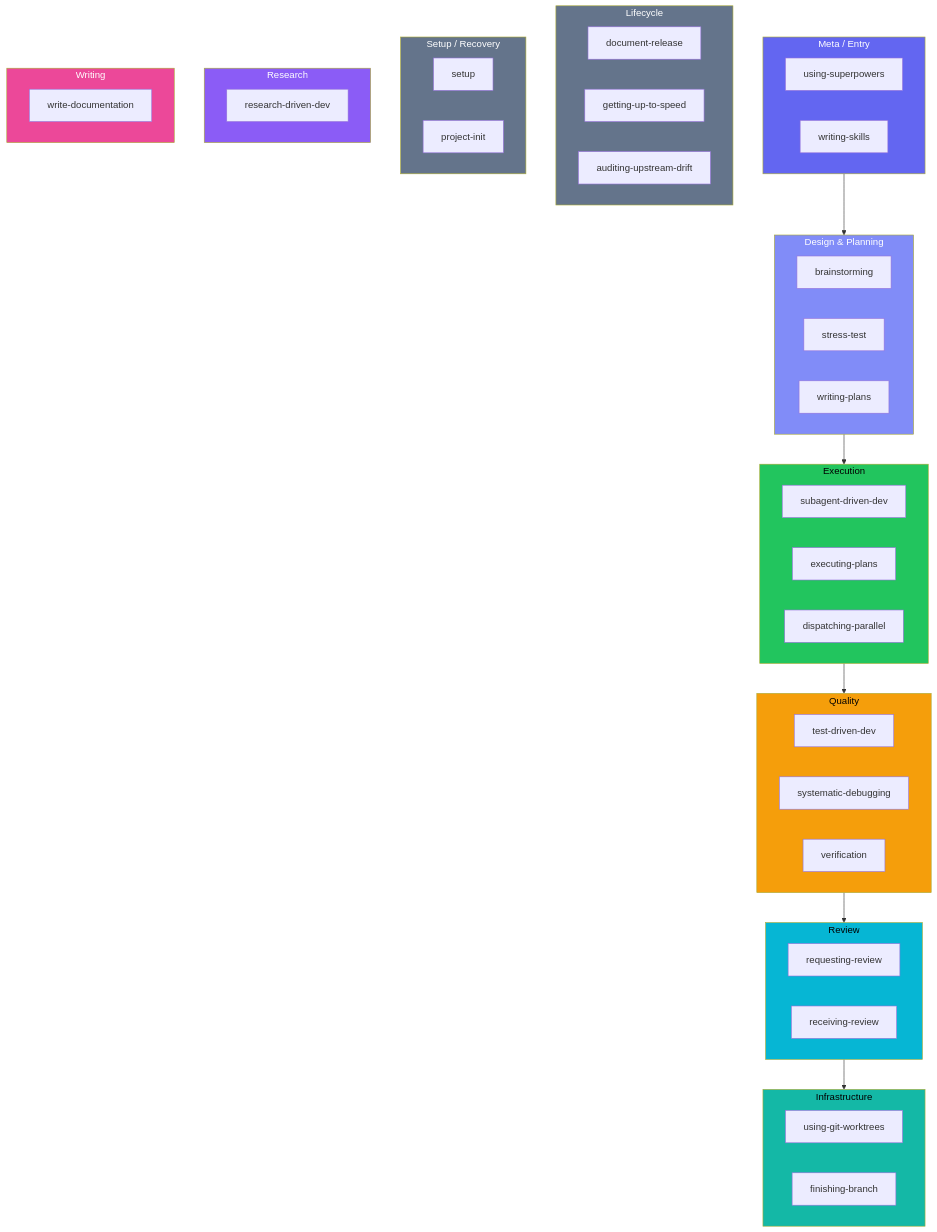
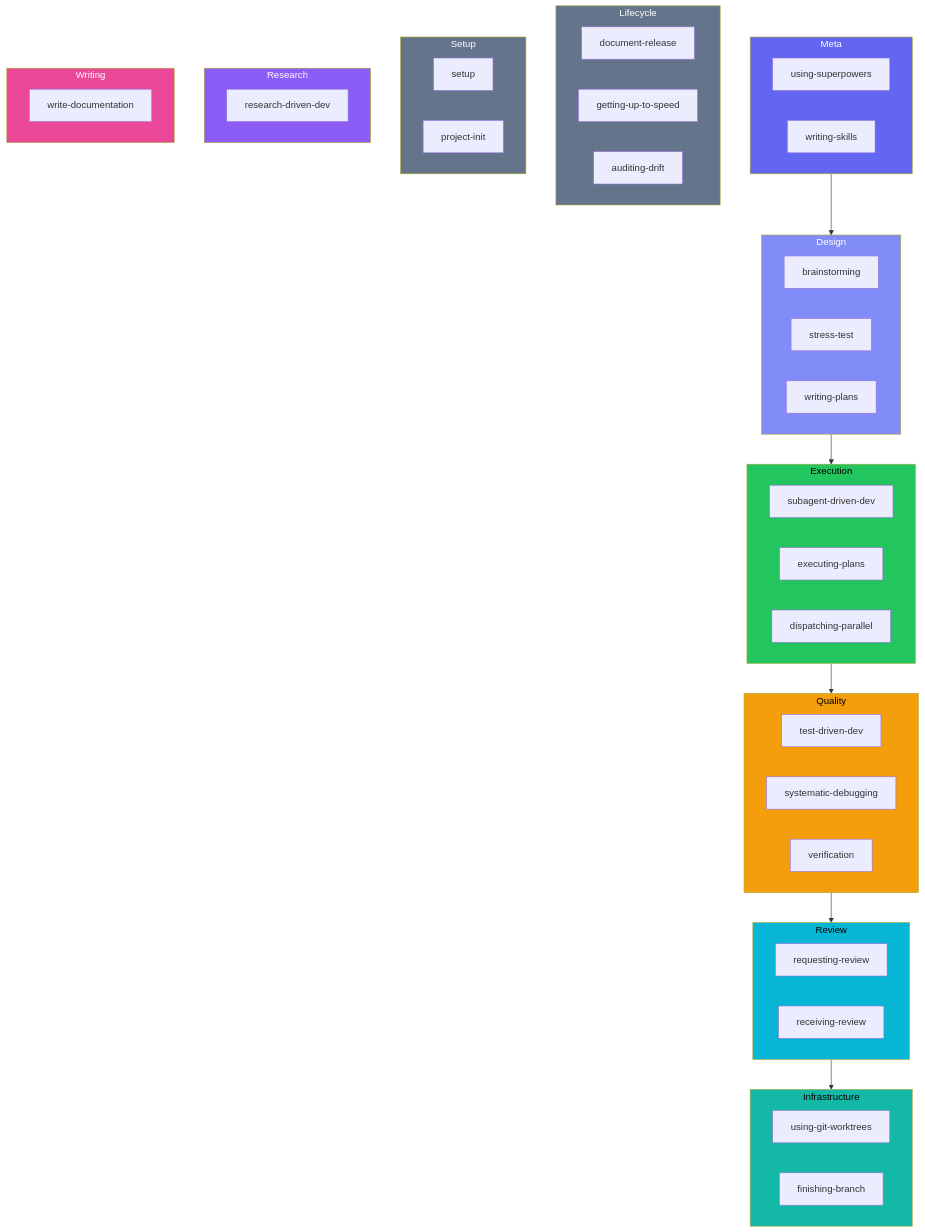
Before and after one commit to DollarDill/beads-superpowers: the first of 2 diagrams in docs/skills.md, drawn with Mermaid. The commit also changed other lines of this file, not shown here.

````diff
--- a/docs/skills.md
+++ b/docs/skills.md
@@ -70,62 +42,62 @@
 ```mermaid
 graph TD
-  subgraph Meta ["Meta / Entry"]
+  subgraph Meta
     US["using-superpowers"]
     WS["writing-skills"]
   end
-  subgraph Design ["Design & Planning"]
+  subgraph Design
     BR["brainstorming"]
     STR["stress-test"]
     WP["writing-plans"]
   end
   subgraph Execution
     SDD["subagent-driven-dev"]
     EP["executing-plans"]
     DPA["dispatching-parallel"]
   end
   subgraph Quality
     TDD["test-driven-dev"]
     SD["systematic-debugging"]
     VBC["verification"]
   end
   subgraph Review
     RCR["requesting-review"]
     REC["receiving-review"]
   end
   subgraph Infra ["Infrastructure"]
     WT["using-git-worktrees"]
     FAB["finishing-branch"]
   end
   subgraph Lifecycle
     DR["document-release"]
     GUS["getting-up-to-speed"]
-    AUD["auditing-upstream-drift"]
+    AUD["auditing-drift"]
   end
-  subgraph SetupRecovery ["Setup / Recovery"]
+  subgraph Setup
     SET["setup"]
     PI["project-init"]
   end
   subgraph Research
     RDD["research-driven-dev"]
   end
   subgraph Writing
     WD["write-documentation"]
   end
 
   Meta --> Design
   Design --> Execution
   Execution --> Quality
   Quality --> Review
   Review --> Infra
 
   style Meta fill:#6366f1,color:#fff
   style Design fill:#818cf8,color:#fff
   style Execution fill:#22c55e,color:#000
   style Quality fill:#f59e0b,color:#000
   style Review fill:#06b6d4,color:#000
   style Infra fill:#14b8a6,color:#000
   style Lifecycle fill:#64748b,color:#fff
-  style SetupRecovery fill:#64748b,color:#fff
+  style Setup fill:#64748b,color:#fff
   style Research fill:#8b5cf6,color:#fff
   style Writing fill:#ec4899,color:#fff
 ```
````
